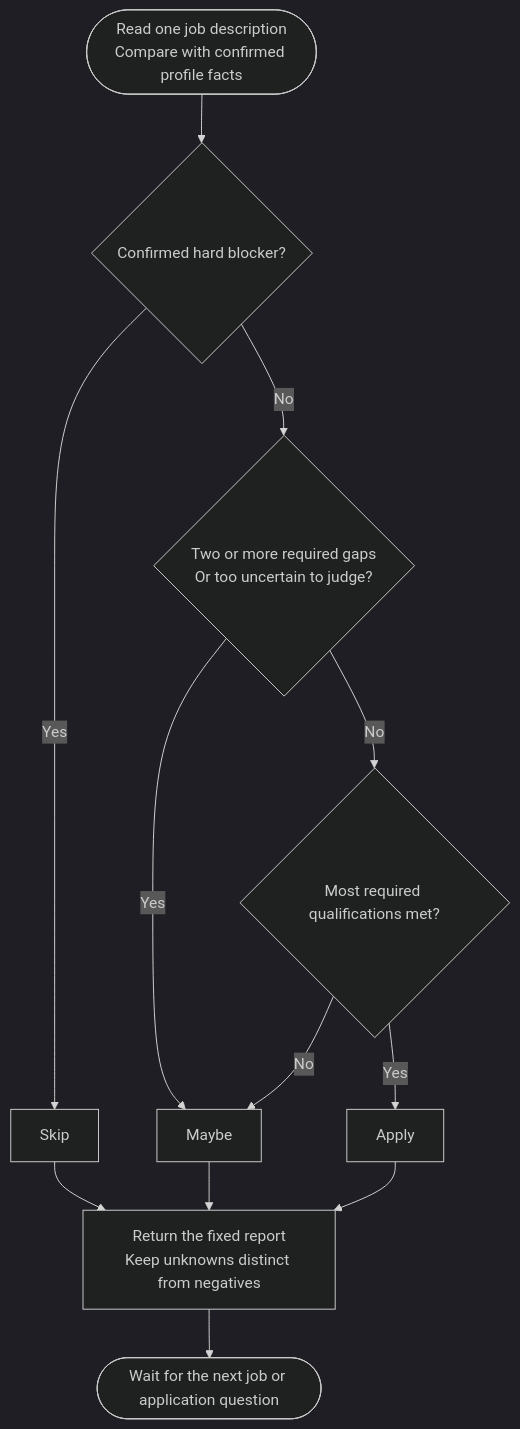
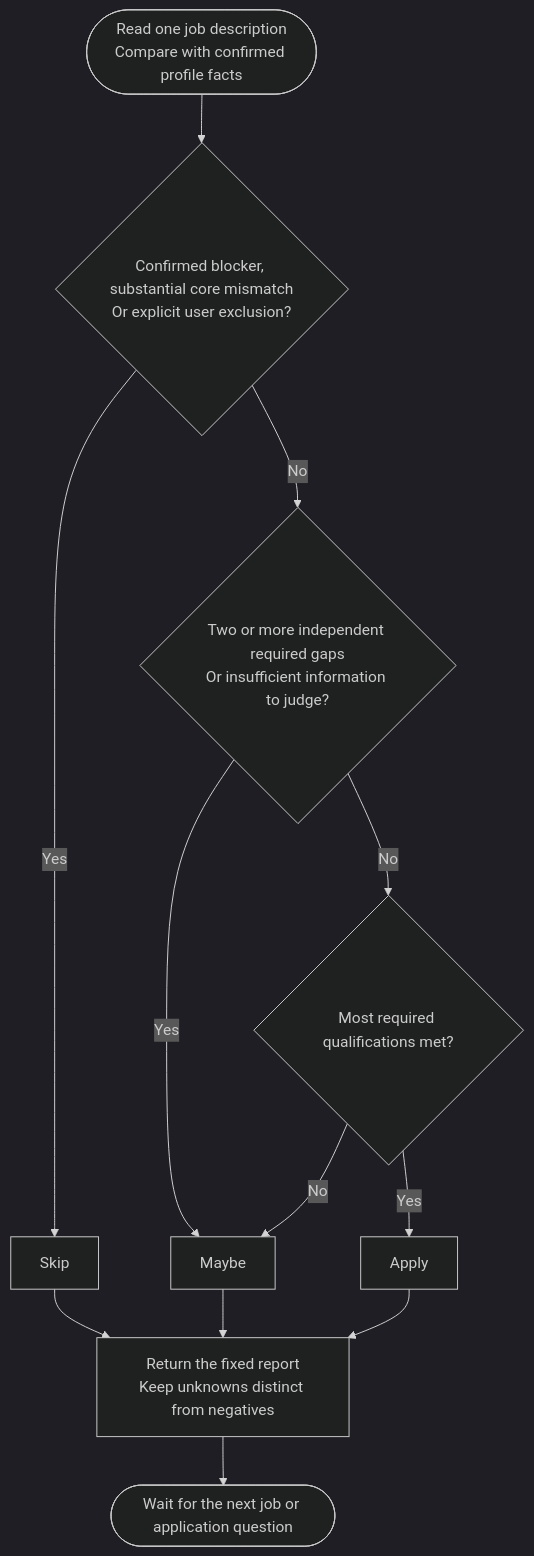
Before and after one commit to myowinthein/agent-compass: the diagram in docs/commands/job-screener/step1-match-analysis/detailed.md, drawn with Mermaid (dark theme). The commit also changed other lines of this file and 4 other files, not shown here.

````diff
--- a/docs/commands/job-screener/step1-match-analysis/detailed.md
+++ b/docs/commands/job-screener/step1-match-analysis/detailed.md
@@ -23,14 +23,14 @@
 ```mermaid
 flowchart TD
-  Start(["Read one job description<br/>Compare with confirmed profile facts"]) --> Block{"Confirmed hard blocker?"}
+  Start(["Read one job description<br/>Compare with confirmed profile facts"]) --> Block{"Confirmed blocker, substantial core mismatch<br/>Or explicit user exclusion?"}
   Block -->|Yes| Skip["Skip"]
-  Block -->|No| Gaps{"Two or more required gaps<br/>Or too uncertain to judge?"}
+  Block -->|No| Gaps{"Two or more independent required gaps<br/>Or insufficient information to judge?"}
   Gaps -->|Yes| Maybe["Maybe"]
   Gaps -->|No| Most{"Most required qualifications met?"}
   Most -->|Yes| Apply["Apply"]
   Most -->|No| Maybe
   Skip --> Report["Return the fixed report<br/>Keep unknowns distinct from negatives"]
   Maybe --> Report
   Apply --> Report
   Report --> Wait(["Wait for the next job or application question"])
 ```
````
